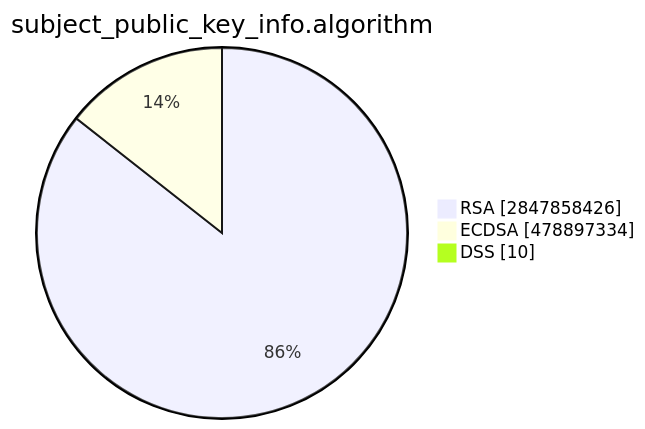
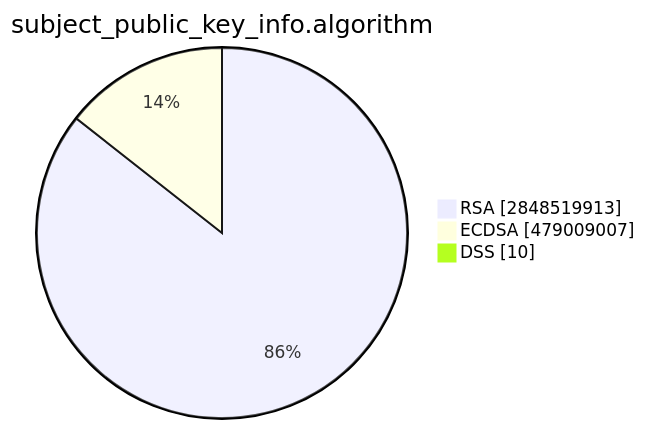
The second of 15 diagrams in TOTAL/README.md (christiankrug/ctmonitor_visualization), drawn with Mermaid before and after one commit. The commit also changed other lines of this file, not shown here.

````diff
--- a/TOTAL/README.md
+++ b/TOTAL/README.md
@@ -6,7 +6,7 @@
 ```mermaid
 pie showData
 title subject_public_key_info.algorithm
-"RSA" :2847858426
-"ECDSA" :478897334
+"RSA" :2848519913
+"ECDSA" :479009007
 "DSS" :10
 ```
````
